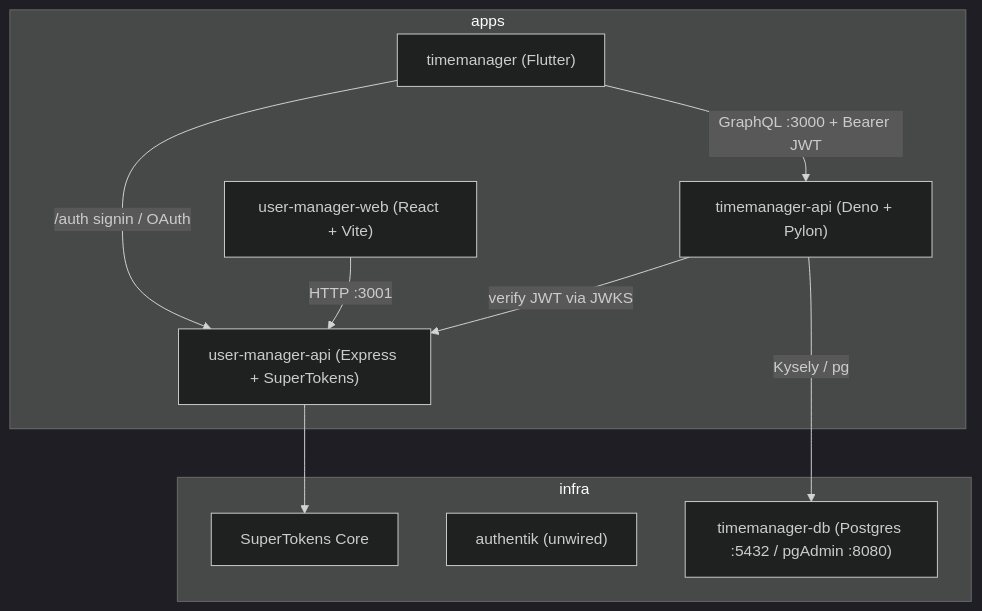
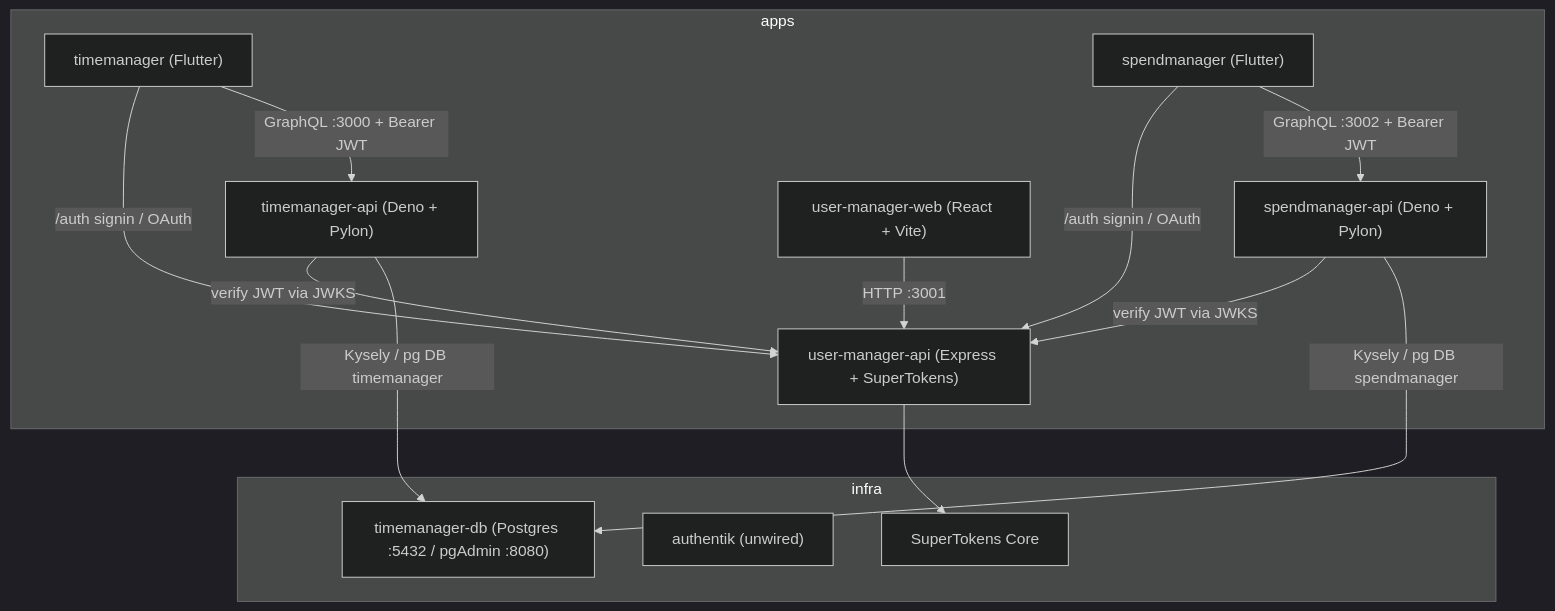
Before and after one commit to DanEscamilla/timemanager: the diagram in .ai/architecture.md, drawn with Mermaid (dark theme). The commit also changed other lines of this file and 206 other files, not shown here.

````diff
--- a/.ai/architecture.md
+++ b/.ai/architecture.md
@@ -7,20 +7,26 @@
 ```mermaid
 flowchart TB
   subgraph apps [apps]
     TM["timemanager (Flutter)"]
     TMA["timemanager-api (Deno + Pylon)"]
+    SM["spendmanager (Flutter)"]
+    SMA["spendmanager-api (Deno + Pylon)"]
     UMW["user-manager-web (React + Vite)"]
     UMA["user-manager-api (Express + SuperTokens)"]
   end
   subgraph infra [infra]
     DB["timemanager-db (Postgres :5432 / pgAdmin :8080)"]
     AUTH["authentik (unwired)"]
     STC["SuperTokens Core"]
   end
   TM -->|"/auth signin / OAuth"| UMA
   TM -->|"GraphQL :3000 + Bearer JWT"| TMA
   TMA -->|"verify JWT via JWKS"| UMA
-  TMA -->|"Kysely / pg"| DB
+  TMA -->|"Kysely / pg DB timemanager"| DB
+  SM -->|"/auth signin / OAuth"| UMA
+  SM -->|"GraphQL :3002 + Bearer JWT"| SMA
+  SMA -->|"verify JWT via JWKS"| UMA
+  SMA -->|"Kysely / pg DB spendmanager"| DB
   UMW -->|"HTTP :3001"| UMA
   UMA --> STC
 ```
````
